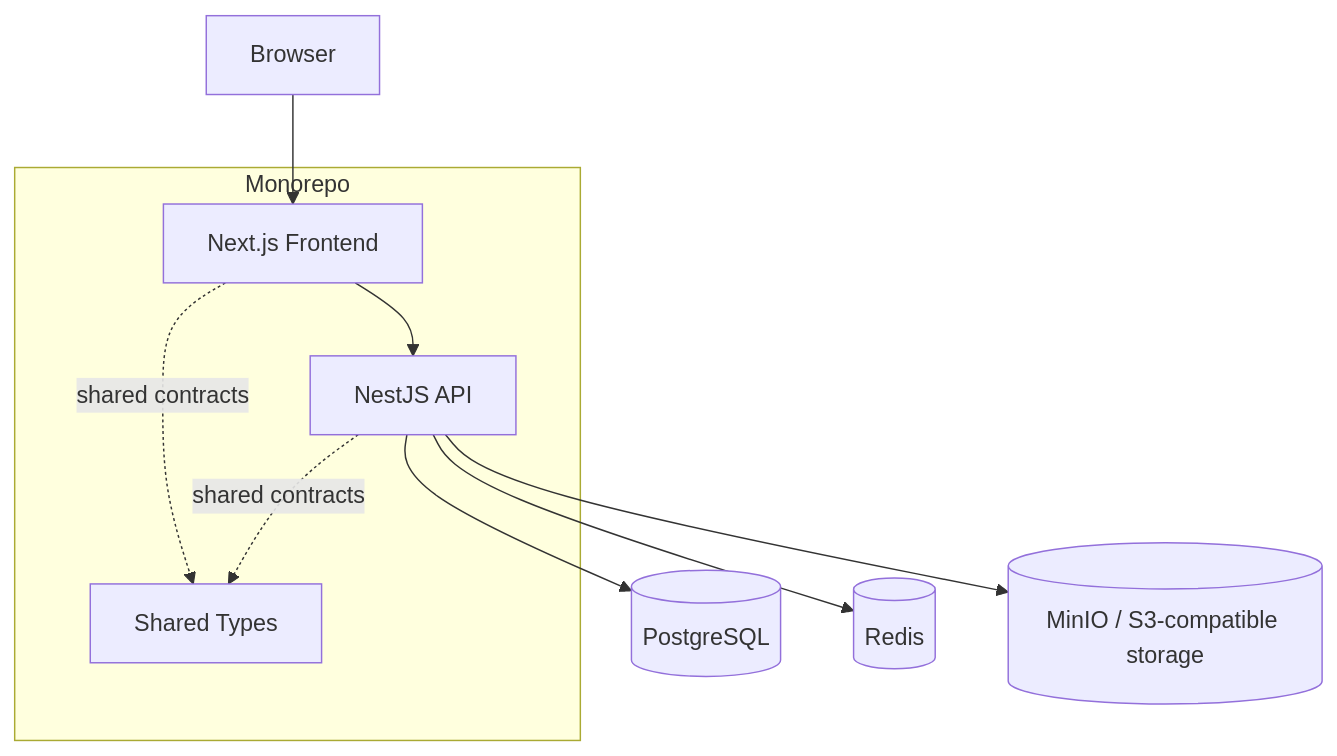
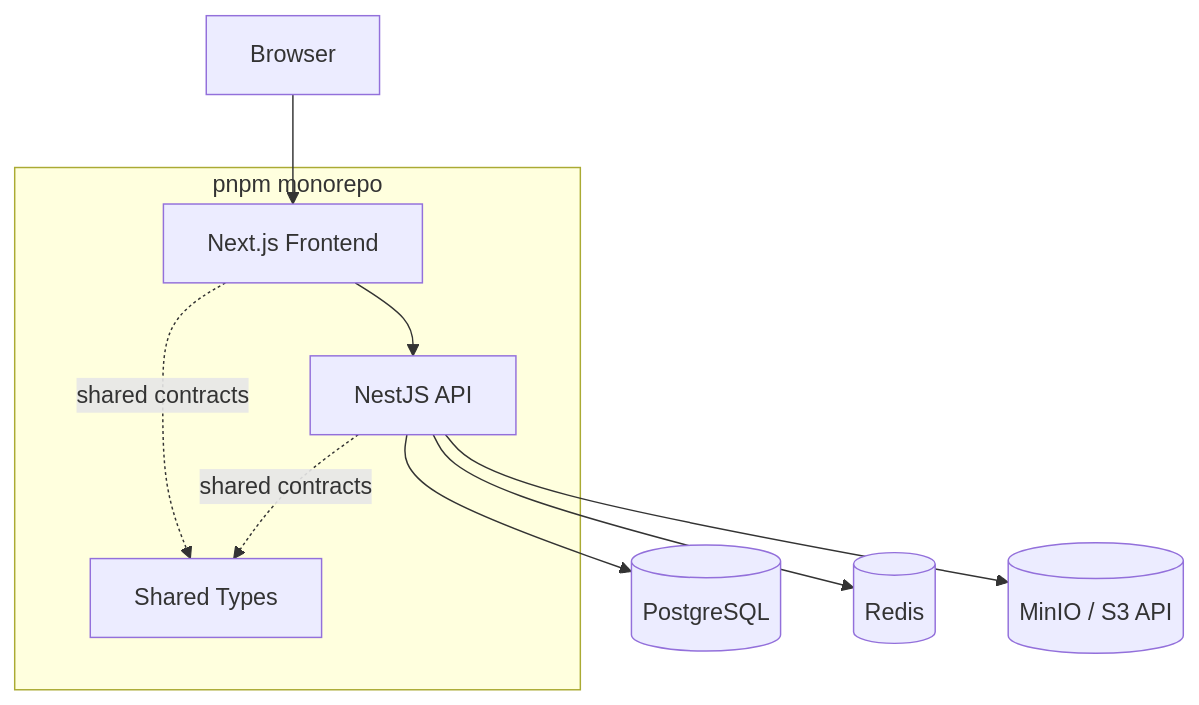
The second of 3 diagrams in README.md (JSwhiz/service-ops-crm), drawn with Mermaid before and after one commit. The commit also changed other lines of this file, not shown here.

Commit message:
docs: polish repository presentation and architecture readme

````diff
--- a/README.md
+++ b/README.md
@@ -135,24 +162,18 @@
 ```mermaid
 flowchart TB
-    B[Browser]
-    FE[Next.js Frontend]
-    API[NestJS API]
-    DB[(PostgreSQL)]
-    R[(Redis)]
-    S[(MinIO / S3-compatible storage)]
+    B[Browser] --> FE[Next.js Frontend]
+    FE --> API[NestJS API]
 
-    B --> FE
-    FE --> API
-    API --> DB
-    API --> R
-    API --> S
+    API --> DB[(PostgreSQL)]
+    API --> REDIS[(Redis)]
+    API --> STORE[(MinIO / S3 API)]
 
-    subgraph Monorepo
+    FE -. shared contracts .-> TYPES[Shared Types]
+    API -. shared contracts .-> TYPES
+
+    subgraph pnpm monorepo
       FE
       API
-      ST[Shared Types]
+      TYPES
     end
-
-    FE -. shared contracts .-> ST
-    API -. shared contracts .-> ST
 ```
````
